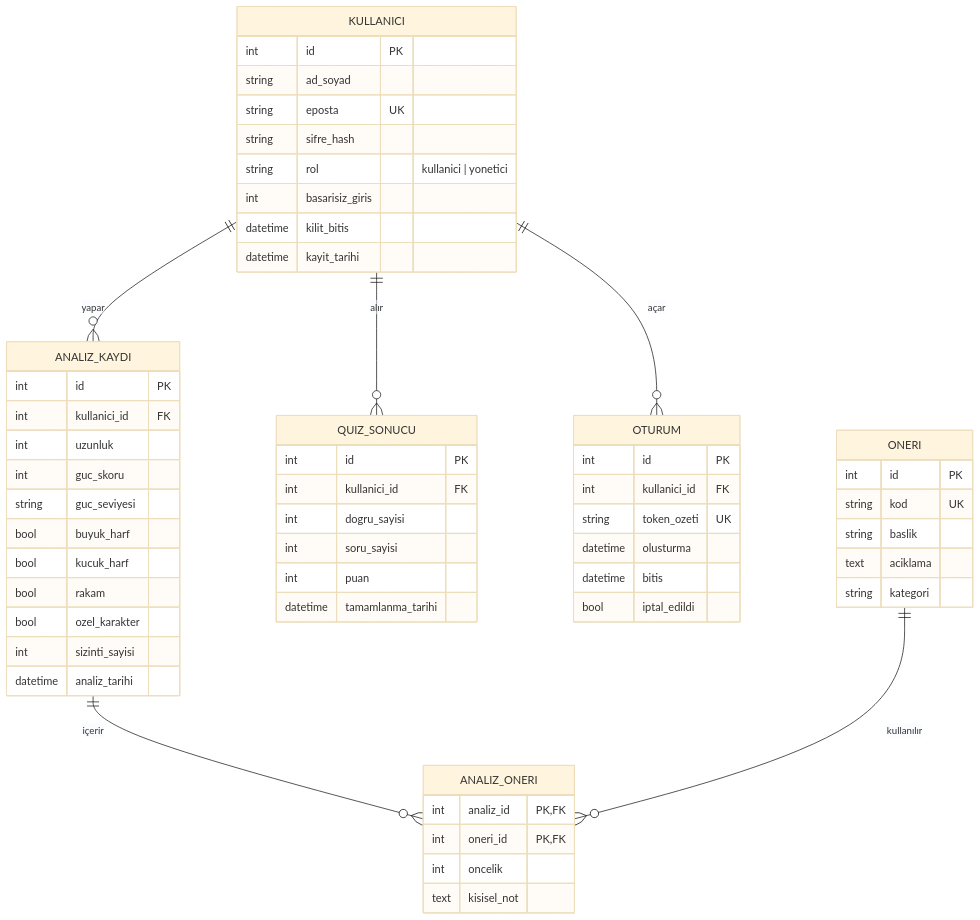
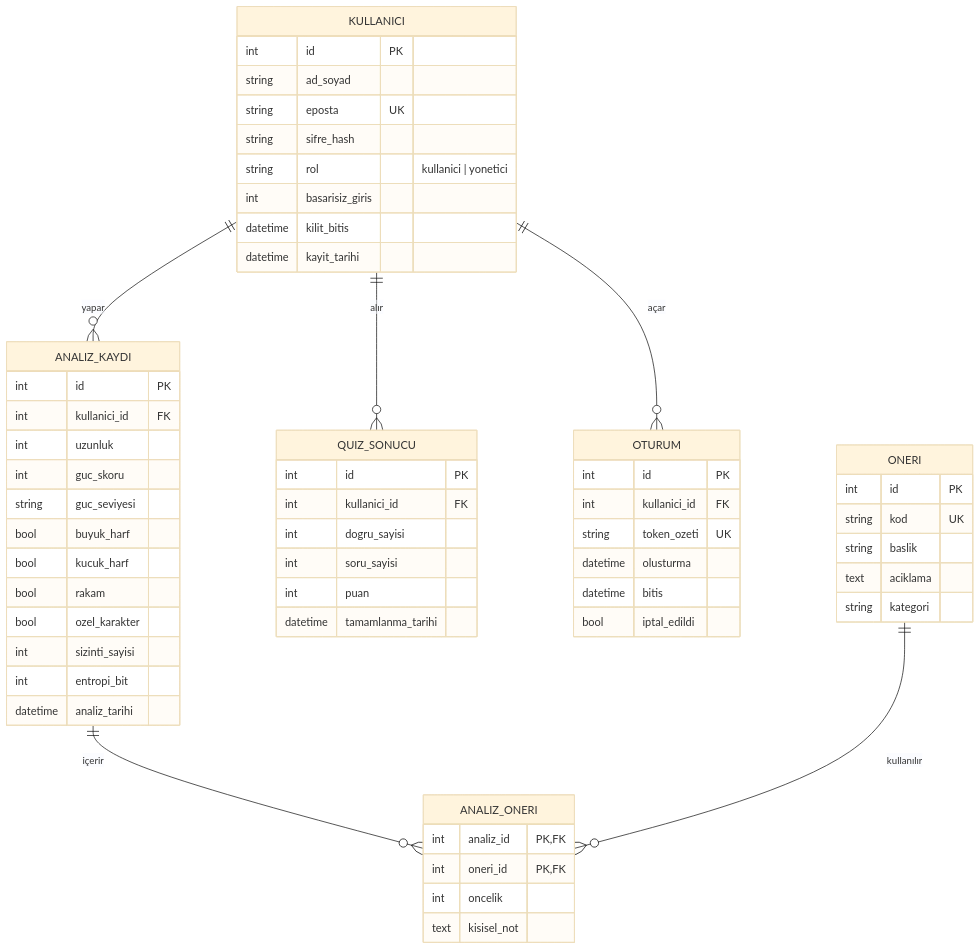
Before and after one commit to nehir-atilgan/parola-guvenlik: the diagram in docs/er_diyagrami.md, drawn with Mermaid (base theme). The commit also changed 27 other files, not shown here.

````diff
--- a/docs/er_diyagrami.md
+++ b/docs/er_diyagrami.md
@@ -3,61 +3,62 @@
 ```mermaid
 erDiagram
     KULLANICI ||--o{ ANALIZ_KAYDI : "yapar"
     KULLANICI ||--o{ QUIZ_SONUCU : "alır"
     KULLANICI ||--o{ OTURUM : "açar"
     ANALIZ_KAYDI ||--o{ ANALIZ_ONERI : "içerir"
     ONERI ||--o{ ANALIZ_ONERI : "kullanılır"
 
     KULLANICI {
         int id PK
         string ad_soyad
         string eposta UK
         string sifre_hash
         string rol "kullanici | yonetici"
         int basarisiz_giris
         datetime kilit_bitis
         datetime kayit_tarihi
     }
     ANALIZ_KAYDI {
         int id PK
         int kullanici_id FK
         int uzunluk
         int guc_skoru
         string guc_seviyesi
         bool buyuk_harf
         bool kucuk_harf
         bool rakam
         bool ozel_karakter
         int sizinti_sayisi
+        int entropi_bit
         datetime analiz_tarihi
     }
     ONERI {
         int id PK
         string kod UK
         string baslik
         text aciklama
         string kategori
     }
     ANALIZ_ONERI {
         int analiz_id PK,FK
         int oneri_id PK,FK
         int oncelik
         text kisisel_not
     }
     QUIZ_SONUCU {
         int id PK
         int kullanici_id FK
         int dogru_sayisi
         int soru_sayisi
         int puan
         datetime tamamlanma_tarihi
     }
     OTURUM {
         int id PK
         int kullanici_id FK
         string token_ozeti UK
         datetime olusturma
         datetime bitis
         bool iptal_edildi
     }
 ```
````
